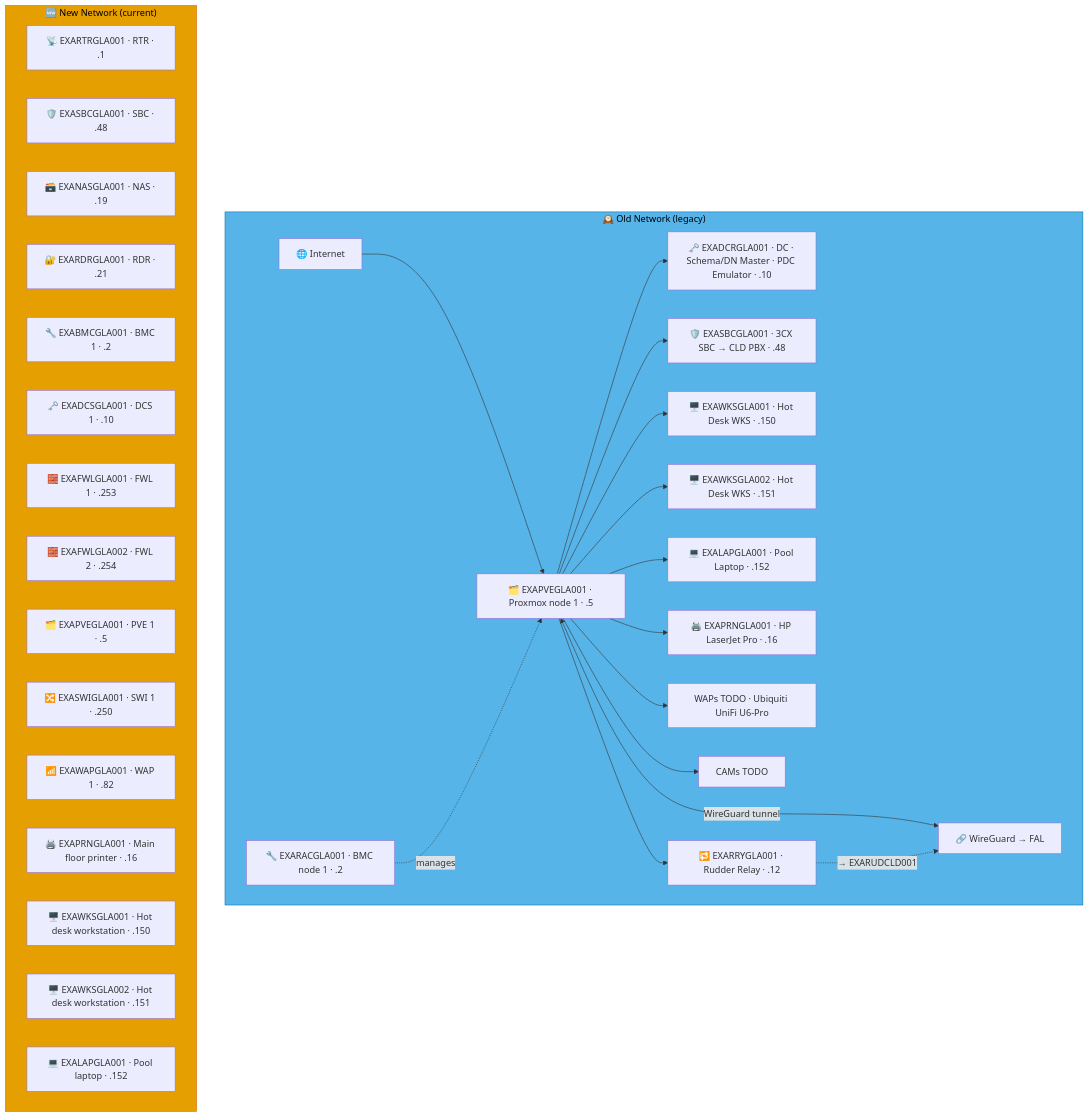
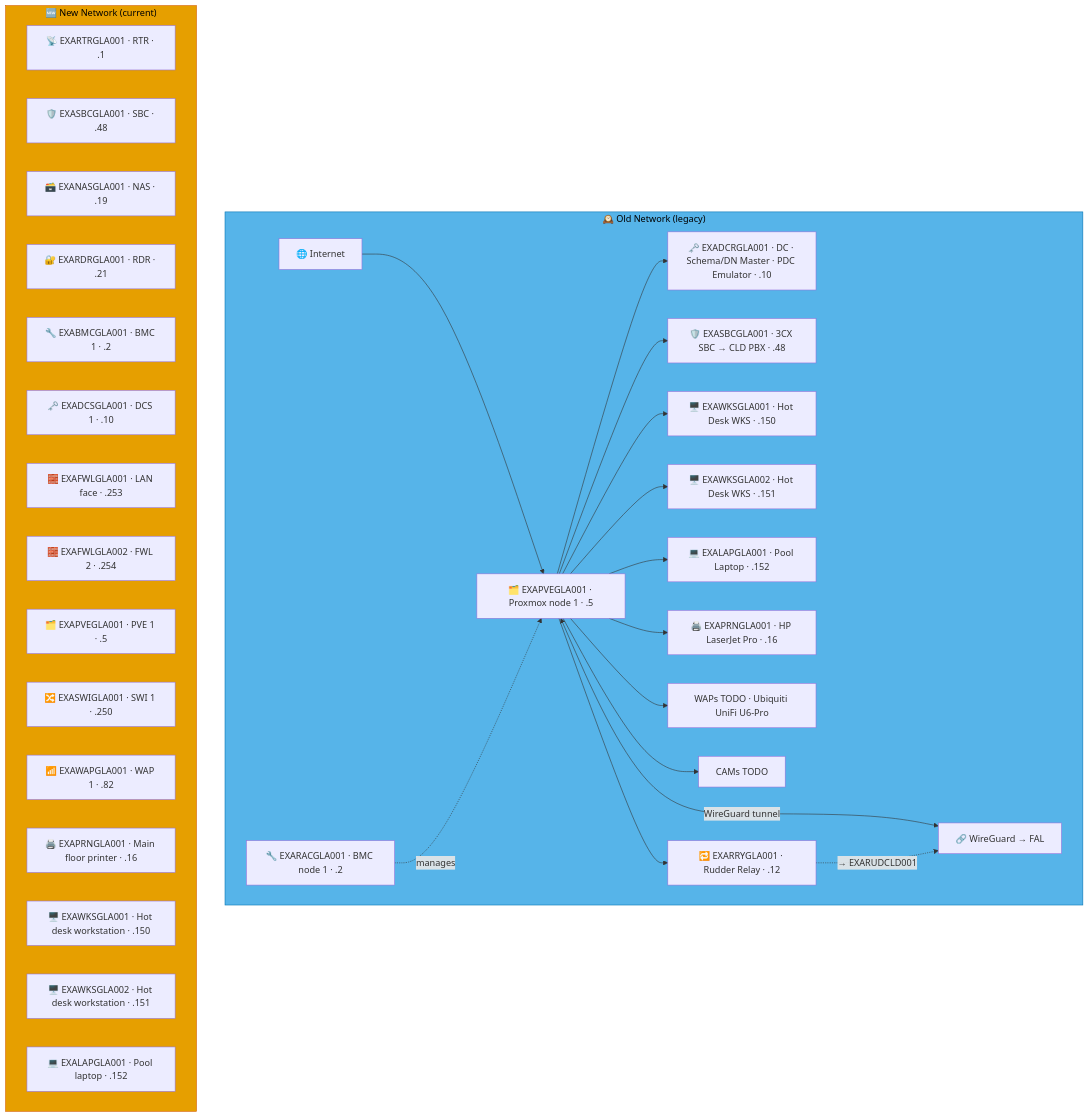
Before and after one commit to knightmare2600/example_music_infra: the third of 7 diagrams in docs/network-diagram/scotland.md, drawn with Mermaid. The commit also changed other lines of this file and 17 other files, not shown here.

````diff
--- a/docs/network-diagram/scotland.md
+++ b/docs/network-diagram/scotland.md
@@ -242,48 +242,48 @@
 ```mermaid
 graph TD
     subgraph OLD_GLA ["🕰️ Old Network (legacy)"]
       INET["🌐 Internet"]
       PVE["🗂️ EXAPVEGLA001 · Proxmox node 1 · .5"]
       RAC["🔧 EXARACGLA001 · BMC node 1 · .2"]
       DC["🗝️ EXADCRGLA001 · DC · Schema/DN Master · PDC Emulator · .10"]
       SBC["🛡️ EXASBCGLA001 · 3CX SBC → CLD PBX · .48"]
       RRY["🔁 EXARRYGLA001 · Rudder Relay · .12"]
       WKS1["🖥️ EXAWKSGLA001 · Hot Desk WKS · .150"]
       WKS2["🖥️ EXAWKSGLA002 · Hot Desk WKS · .151"]
       LAP["💻 EXALAPGLA001 · Pool Laptop · .152"]
       PRN["🖨️ EXAPRNGLA001 · HP LaserJet Pro · .16"]
       WAP["WAPs TODO · Ubiquiti UniFi U6-Pro"]
       CAM["CAMs TODO"]
       VPN["🔗 WireGuard → FAL"]
 
       INET --> PVE
       PVE --> DC & SBC
       RAC -.->|"manages"| PVE
       PVE --> WKS1 & WKS2 & LAP & PRN & WAP & CAM
       PVE <-->|"WireGuard tunnel"| VPN
 
       PVE --> RRY
       RRY -. "→ EXARUDCLD001" .-> VPN
     end
     style OLD_GLA fill:#56B4E9,stroke:#0072B2,color:#000000
     %% GENERATED:NEW-NETWORK:GLA:START
     subgraph NEW_GLA ["🆕 New Network (current)"]
       N_RTR["📡 EXARTRGLA001 · RTR · .1"]
       N_SBC["🛡️ EXASBCGLA001 · SBC · .48"]
       N_NAS["🗃️ EXANASGLA001 · NAS · .19"]
       N_RDR["🔐 EXARDRGLA001 · RDR · .21"]
       N_BMC["🔧 EXABMCGLA001 · BMC 1 · .2"]
       N_DCS["🗝️ EXADCSGLA001 · DCS 1 · .10"]
-      N_FWL["🧱 EXAFWLGLA001 · FWL 1 · .253"]
+      N_FWL["🧱 EXAFWLGLA001 · LAN face · .253"]
       N_FWL2["🧱 EXAFWLGLA002 · FWL 2 · .254"]
       N_PVE["🗂️ EXAPVEGLA001 · PVE 1 · .5"]
       N_SWI["🔀 EXASWIGLA001 · SWI 1 · .250"]
       N_WAP["📶 EXAWAPGLA001 · WAP 1 · .82"]
       N_PRN["🖨️ EXAPRNGLA001 · Main floor printer · .16"]
       N_WKS["🖥️ EXAWKSGLA001 · Hot desk workstation · .150"]
       N_WKS2["🖥️ EXAWKSGLA002 · Hot desk workstation · .151"]
       N_LAP["💻 EXALAPGLA001 · Pool laptop · .152"]
     end
     style NEW_GLA fill:#E69F00,stroke:#D55E00,color:#000000
     %% GENERATED:NEW-NETWORK:GLA:END
 ```
````
